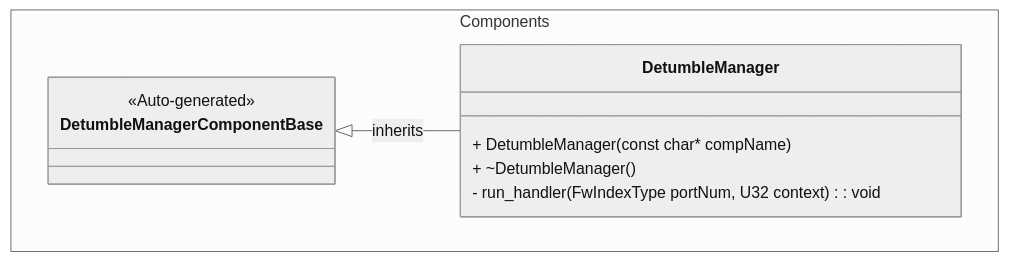
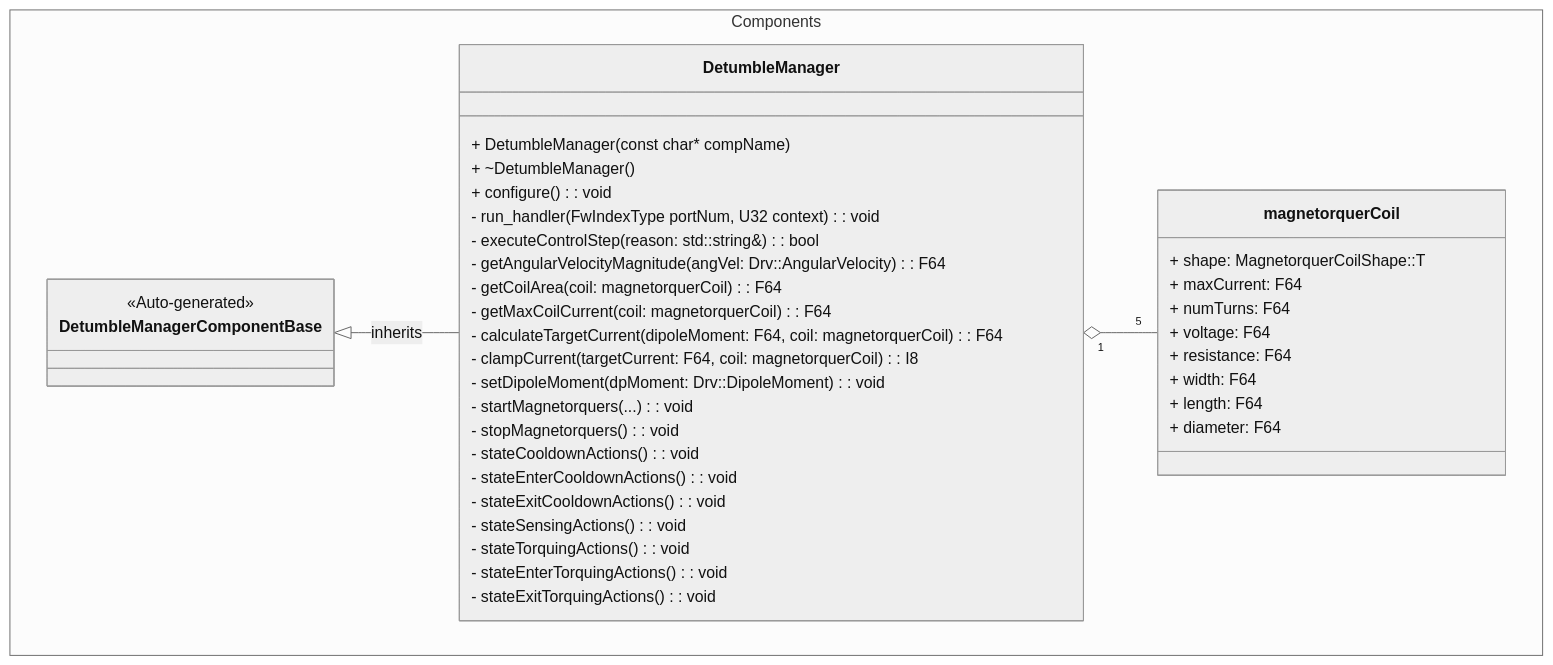
Before and after one commit to Open-Source-Space-Foundation/proves-core-reference: the first of 2 diagrams in FprimeZephyrReference/Components/DetumbleManager/docs/sdd.md, drawn with Mermaid (neutral theme). The commit also changed other lines of this file and 4 other files, not shown here.

````diff
--- a/FprimeZephyrReference/Components/DetumbleManager/docs/sdd.md
+++ b/FprimeZephyrReference/Components/DetumbleManager/docs/sdd.md
@@ -19,14 +29,44 @@
 ```mermaid
 classDiagram
     namespace Components {
         class DetumbleManagerComponentBase {
             <<Auto-generated>>
         }
         class DetumbleManager {
             + DetumbleManager(const char* compName)
             + ~DetumbleManager()
+            + configure(): void
             - run_handler(FwIndexType portNum, U32 context): void
+            - executeControlStep(reason: std::string&): bool
+            - getAngularVelocityMagnitude(angVel: Drv::AngularVelocity): F64
+            - getCoilArea(coil: magnetorquerCoil): F64
+            - getMaxCoilCurrent(coil: magnetorquerCoil): F64
+            - calculateTargetCurrent(dipoleMoment: F64, coil: magnetorquerCoil): F64
+            - clampCurrent(targetCurrent: F64, coil: magnetorquerCoil): I8
+            - setDipoleMoment(dpMoment: Drv::DipoleMoment): void
+            - startMagnetorquers(...): void
+            - stopMagnetorquers(): void
+            - stateCooldownActions(): void
+            - stateEnterCooldownActions(): void
+            - stateExitCooldownActions(): void
+            - stateSensingActions(): void
+            - stateTorquingActions(): void
+            - stateEnterTorquingActions(): void
+            - stateExitTorquingActions(): void
+        }
+
+        class magnetorquerCoil {
+            + shape: MagnetorquerCoilShape::T
+            + maxCurrent: F64
+            + numTurns: F64
+            + voltage: F64
+            + resistance: F64
+            + width: F64
+            + length: F64
+            + diameter: F64
         }
     }
+
     DetumbleManagerComponentBase <|-- DetumbleManager : inherits
+    DetumbleManager "1" o-- "5" magnetorquerCoil
 ```
````
